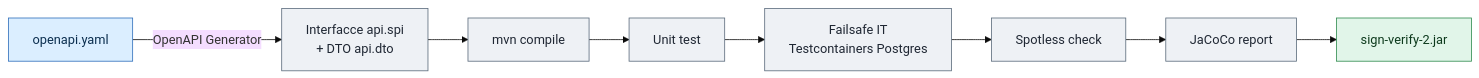
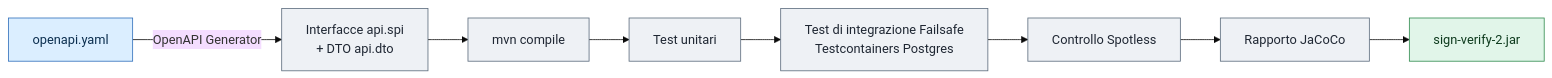
One commit to toresoft/sign-verify changed the diagram in docs/it/01-build-configurazione.md. Above: the diagram before and after it, drawn with Mermaid (base theme). The commit also changed other lines of this file and 14 other files, not shown here.

````diff
--- a/docs/it/01-build-configurazione.md
+++ b/docs/it/01-build-configurazione.md
@@ -49,17 +49,17 @@
 ```mermaid
 flowchart LR
-    A[openapi.yaml] -->|OpenAPI Generator| B[Interfacce api.spi\n+ DTO api.dto]
+    A[openapi.yaml] -->|OpenAPI Generator| B["Interfacce api.spi\n+ DTO api.dto"]
     B --> C[mvn compile]
-    C --> D[Unit test]
-    D --> E[Failsafe IT\nTestcontainers Postgres]
-    E --> F[Spotless check]
-    F --> G[JaCoCo report]
+    C --> D[Test unitari]
+    D --> E["Test di integrazione Failsafe\nTestcontainers Postgres"]
+    E --> F[Controllo Spotless]
+    F --> G[Rapporto JaCoCo]
     G --> H[sign-verify-2.jar]
 
     classDef source fill:#dbeeff,stroke:#2f6fbb,color:#0b2e4f
     classDef step fill:#eef1f5,stroke:#5b6b7c,color:#1f2733
     classDef artifact fill:#e1f5e9,stroke:#2f8a4e,color:#0d3a1d
     class A source
     class B,C,D,E,F,G step
     class H artifact
 ```
````
